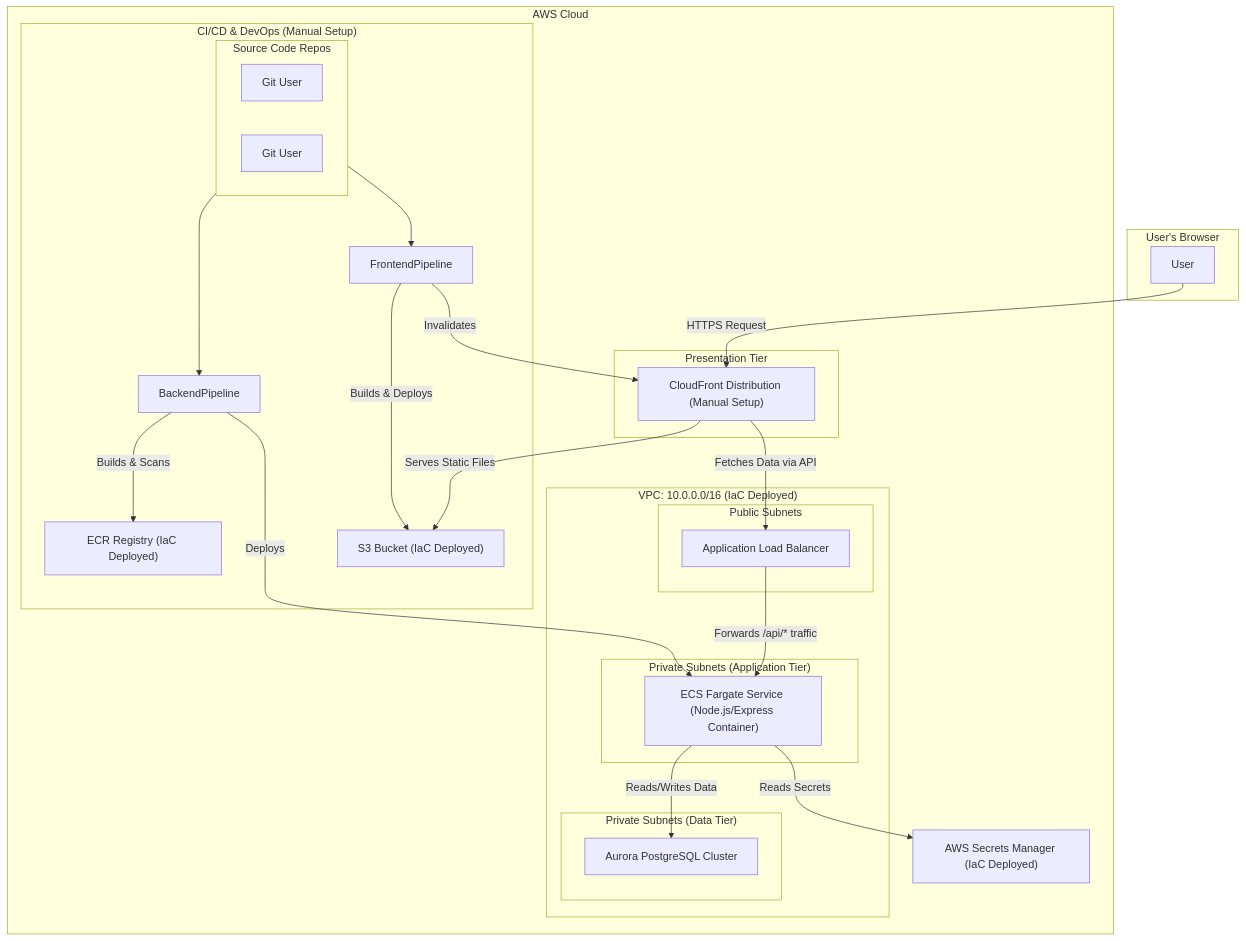
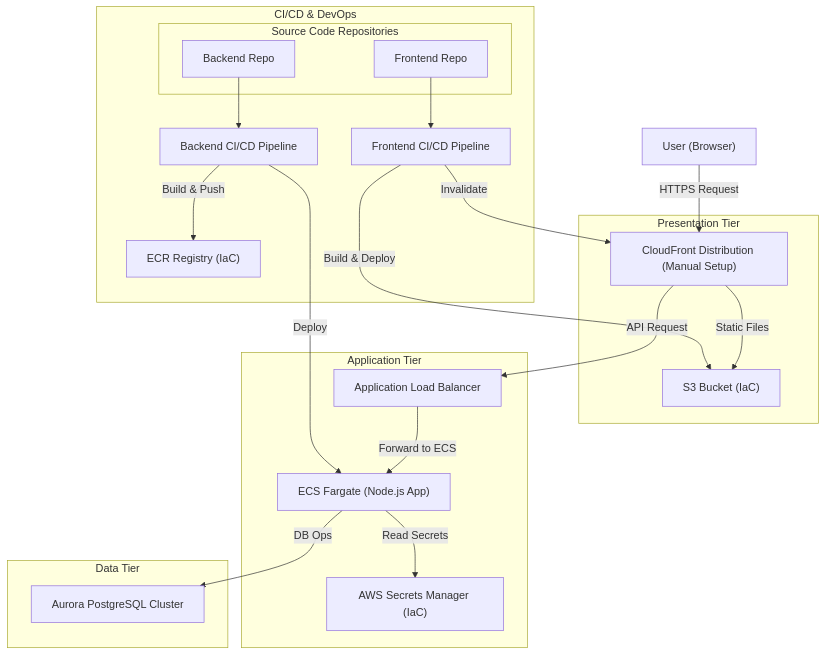
The diagram in README.md (Grambot-ops/REACT-SEC-OPS), drawn with Mermaid before and after one commit.

````diff
--- a/README.md
+++ b/README.md
@@ -64,49 +64,52 @@
 ```mermaid
 graph TD
-    subgraph "User's Browser"
-        User
+    %% User
+    User["User (Browser)"]
+
+    %% Presentation Tier
+    subgraph Presentation["Presentation Tier"]
+        CF["CloudFront Distribution (Manual Setup)"]
+        S3["S3 Bucket (IaC)"]
     end
 
-    subgraph "AWS Cloud"
-        subgraph "Presentation Tier"
-            CF["CloudFront Distribution (Manual Setup)"]
+    %% Application Tier
+    subgraph Application["Application Tier"]
+        ALB["Application Load Balancer"]
+        ECS["ECS Fargate (Node.js App)"]
+        Secrets["AWS Secrets Manager (IaC)"]
+    end
+
+    %% Data Tier
+    subgraph Data["Data Tier"]
+        DB["Aurora PostgreSQL Cluster"]
+    end
+
+    %% DevOps / CI/CD
+    subgraph DevOps["CI/CD & DevOps"]
+        subgraph Repos["Source Code Repositories"]
+            SourceCode["Backend Repo"]
+            FrontendCode["Frontend Repo"]
         end
 
-        subgraph "VPC: 10.0.0.0/16 (IaC Deployed)"
-            subgraph "Public Subnets"
-                ALB["Application Load Balancer"]
-            end
-            subgraph "Private Subnets (Application Tier)"
-                ECS["ECS Fargate Service (Node.js/Express Container)"]
-            end
-            subgraph "Private Subnets (Data Tier)"
-                DB["Aurora PostgreSQL Cluster"]
-            end
-        end
-
-        subgraph "CI/CD & DevOps (Manual Setup)"
-            SourceCode --> BackendPipeline
-            BackendPipeline -- Builds & Scans --> ECR["ECR Registry (IaC Deployed)"]
-            BackendPipeline -- Deploys --> ECS
-
-            FrontendCode --> FrontendPipeline
-            FrontendPipeline -- Builds & Deploys --> S3["S3 Bucket (IaC Deployed)"]
-            FrontendPipeline -- Invalidates --> CF
-
-            subgraph "Source Code Repos"
-                direction LR
-                SourceCode["Git User"]
-                FrontendCode["Git User"]
-            end
-        end
-
-        Secrets["AWS Secrets Manager (IaC Deployed)"]
+        BackendPipeline["Backend CI/CD Pipeline"]
+        FrontendPipeline["Frontend CI/CD Pipeline"]
+        ECR["ECR Registry (IaC)"]
     end
 
-    User -- HTTPS Request --> CF
-    CF -- Serves Static Files --> S3
-    CF -- Fetches Data via API --> ALB
-    ALB -- Forwards /api/* traffic --> ECS
-    ECS -- Reads/Writes Data --> DB
-    ECS -- Reads Secrets --> Secrets
+    %% User interactions
+    User -->|HTTPS Request| CF
+    CF -->|Static Files| S3
+    CF -->|API Request| ALB
+    ALB -->|Forward to ECS| ECS
+    ECS -->|DB Ops| DB
+    ECS -->|Read Secrets| Secrets
+
+    %% CI/CD connections
+    SourceCode --> BackendPipeline
+    BackendPipeline -->|Build & Push| ECR
+    BackendPipeline -->|Deploy| ECS
+
+    FrontendCode --> FrontendPipeline
+    FrontendPipeline -->|Build & Deploy| S3
+    FrontendPipeline -->|Invalidate| CF
 ```
````
